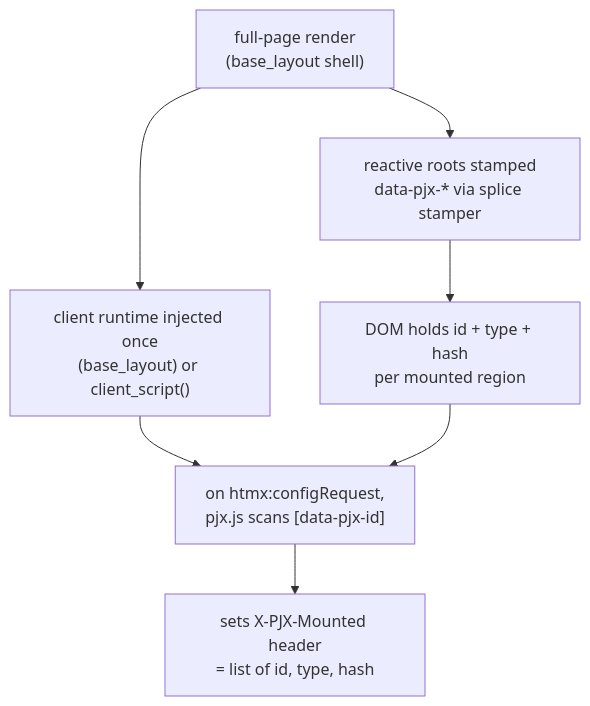
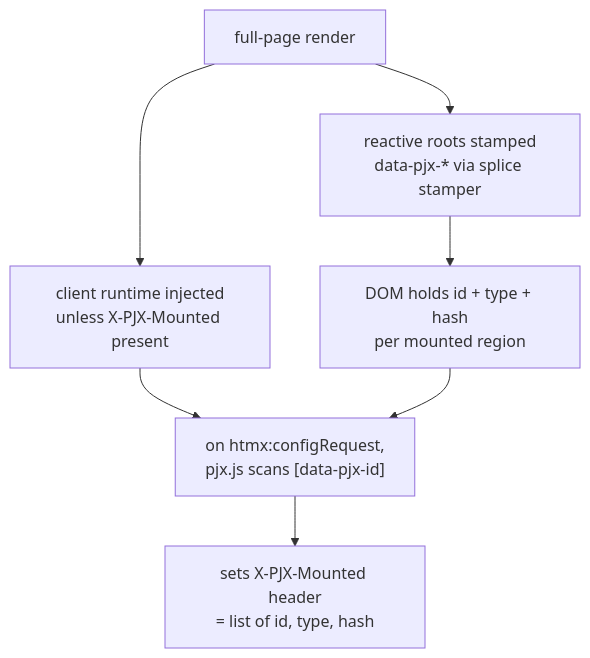
Before and after one commit to paulomtts/pyjinhx: the second of 5 diagrams in docs/reactivity.md, drawn with Mermaid. The commit also changed other lines of this file and 18 other files, not shown here.

First line of the commit message:
Inject pjx.js based on X-PJX-Mounted header instead of base_layout.

````diff
--- a/docs/reactivity.md
+++ b/docs/reactivity.md
@@ -420,9 +425,9 @@
 ```mermaid
 flowchart TD
-    A["full-page render<br/>(base_layout shell)"] --> B["reactive roots stamped<br/>data-pjx-* via splice stamper"]
-    A --> C["client runtime injected once<br/>(base_layout) or client_script()"]
+    A["full-page render"] --> B["reactive roots stamped<br/>data-pjx-* via splice stamper"]
+    A --> C["client runtime injected<br/>unless X-PJX-Mounted present"]
     B --> D["DOM holds id + type + hash<br/>per mounted region"]
     C --> E["on htmx:configRequest,<br/>pjx.js scans [data-pjx-id]"]
     D --> E
     E --> F["sets X-PJX-Mounted header<br/>= list of id, type, hash"]
 ```
````
